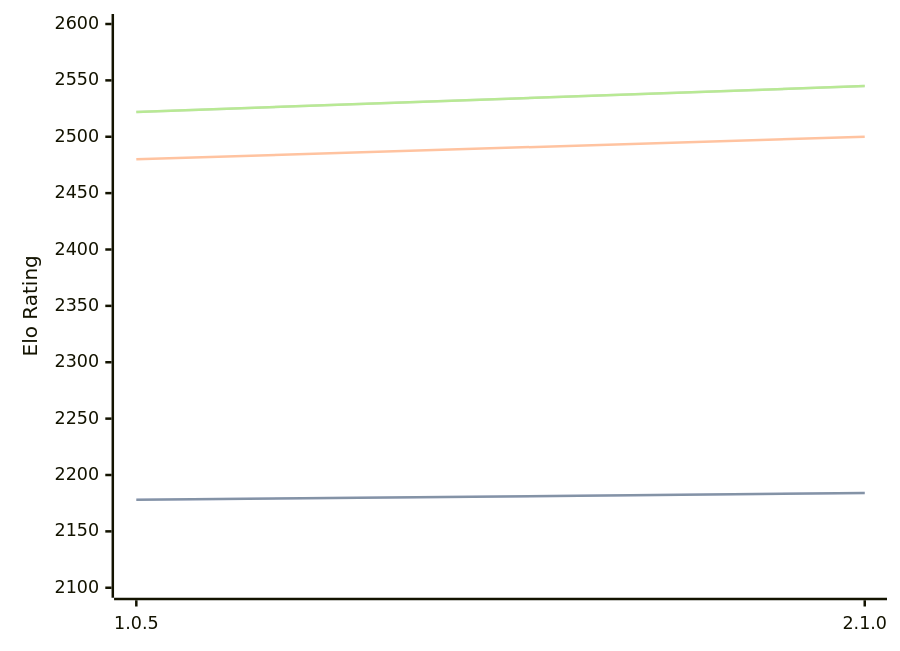
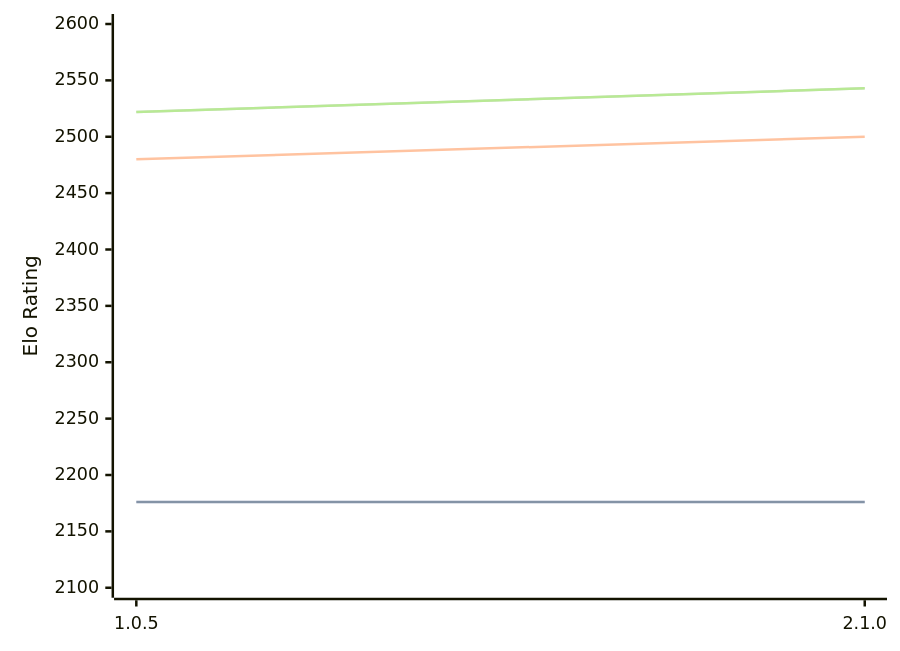
The diagram in engines/Ruffian.md (computer-chess-index/cci), drawn with Mermaid before and after one commit. The commit also changed other lines of this file, not shown here.

Commit message:
Update CCI Ratings (ELO VLTC) - 2026-04-16

````diff
--- a/engines/Ruffian.md
+++ b/engines/Ruffian.md
@@ -32,11 +32,11 @@
 ```mermaid
 %%{init: {"theme":"base","themeVariables":{"seriesColors:['#a3a3a3','#222221','#faa371']}}}%%
 xychart-beta
   x-axis ["1.0.5", "2.1.0"]
   y-axis "Elo Rating" 2100 --> 2600
-  line "STC (8.0+0.08s)" [2178, 2184]
-  line "STC (8.0+0.08s)" [2178, 2184]
+  line "STC (8.0+0.08s)" [2176, 2176]
+  line "STC (8.0+0.08s)" [2176, 2176]
   line "LTC (60.0+0.60s)" [2480, 2500]
-  line "VLTC (2m24s+1.12s)" [2522, 2545]
-  line "VLTC (2m24s+1.12s)" [2522, 2545]
+  line "VLTC (2m24s+1.12s)" [2522, 2543]
+  line "VLTC (2m24s+1.12s)" [2522, 2543]
 ```
````
